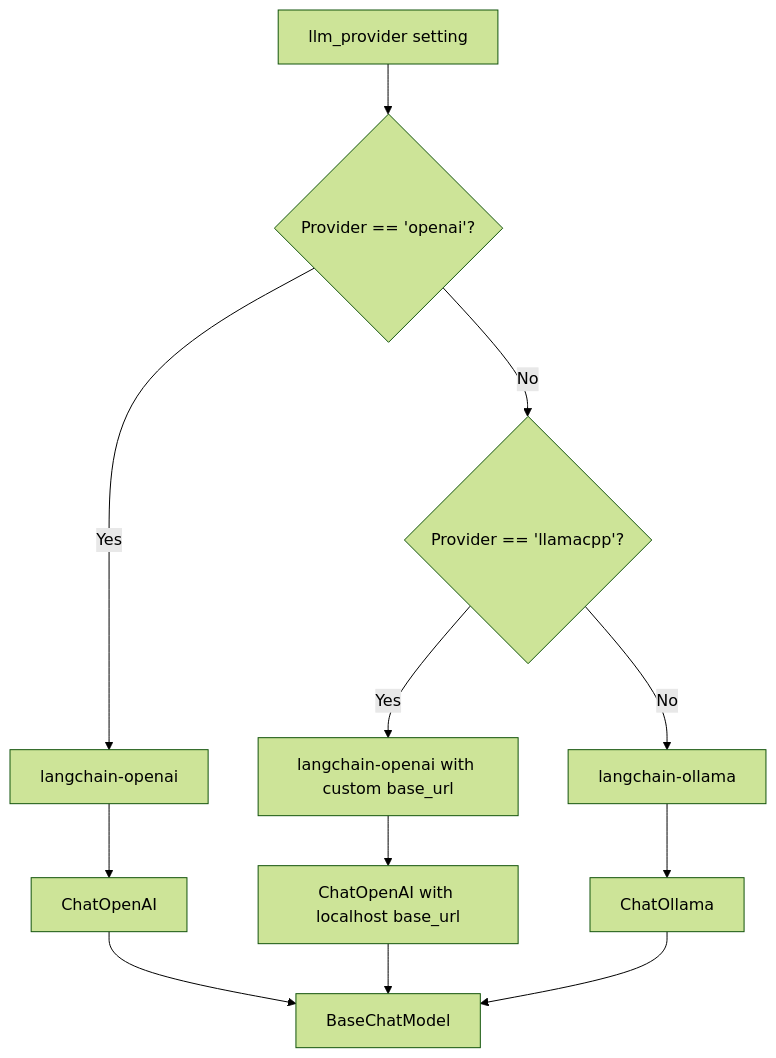
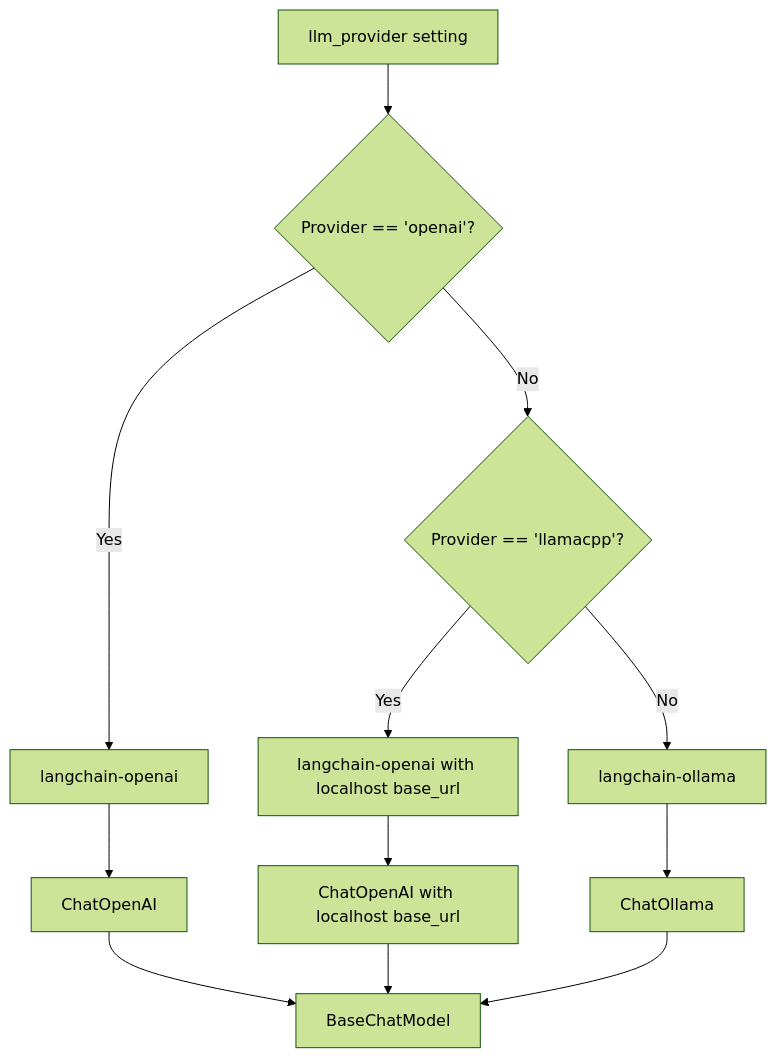
Diagram 11 of 13 in .qoder/repowiki/en/content/RAG Integration.md (ognelis/cafetera_hr_bot), drawn with Mermaid (forest theme) before and after one commit. The commit also changed other lines of this file and 13 other files, not shown here.

````diff
--- a/.qoder/repowiki/en/content/RAG Integration.md
+++ b/.qoder/repowiki/en/content/RAG Integration.md
@@ -578,14 +607,14 @@
 ```mermaid
 flowchart TD
 ProviderConfig["llm_provider setting"] --> CheckOpenAI{"Provider == 'openai'?"}
 CheckOpenAI --> |Yes| OpenAIAdapter["langchain-openai"]
 CheckOpenAI --> |No| CheckLlamaCPP{"Provider == 'llamacpp'?"}
-CheckLlamaCPP --> |Yes| LlamaCPPAdapter["langchain-openai with custom base_url"]
+CheckLlamaCPP --> |Yes| LlamaCPPAdapter["langchain-openai with localhost base_url"]
 CheckLlamaCPP --> |No| OllamaAdapter["langchain-ollama"]
 OpenAIAdapter --> ChatOpenAI["ChatOpenAI"]
 LlamaCPPAdapter --> ChatOpenAICustom["ChatOpenAI with localhost base_url"]
 OllamaAdapter --> ChatOllama["ChatOllama"]
 ChatOpenAI --> LLMInstance["BaseChatModel"]
 ChatOpenAICustom --> LLMInstance
 ChatOllama --> LLMInstance
 ```
````
